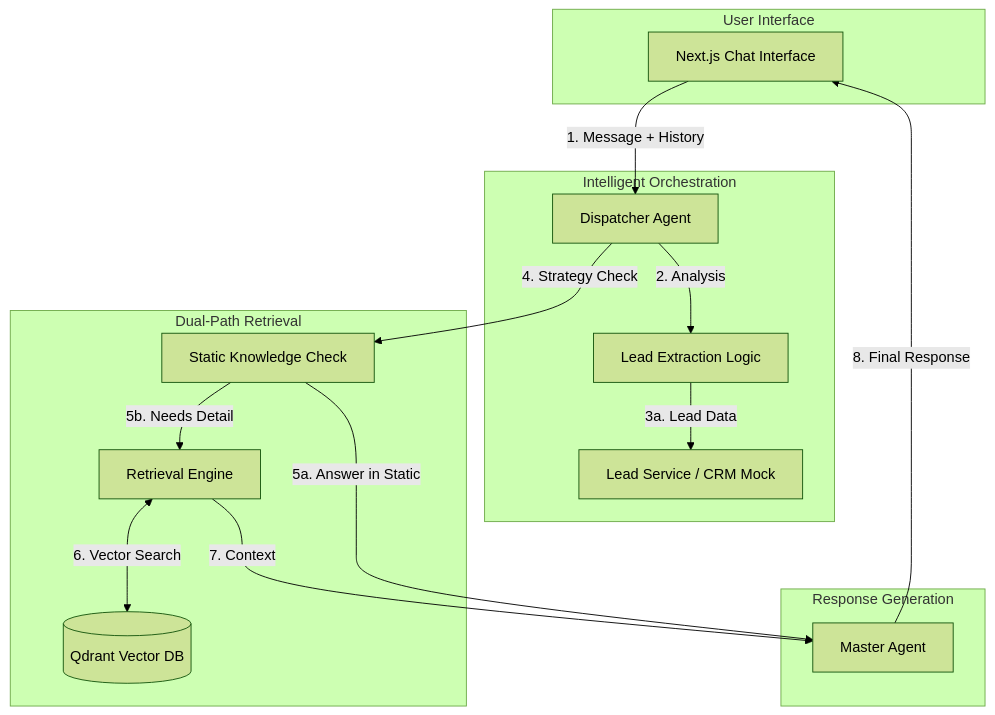
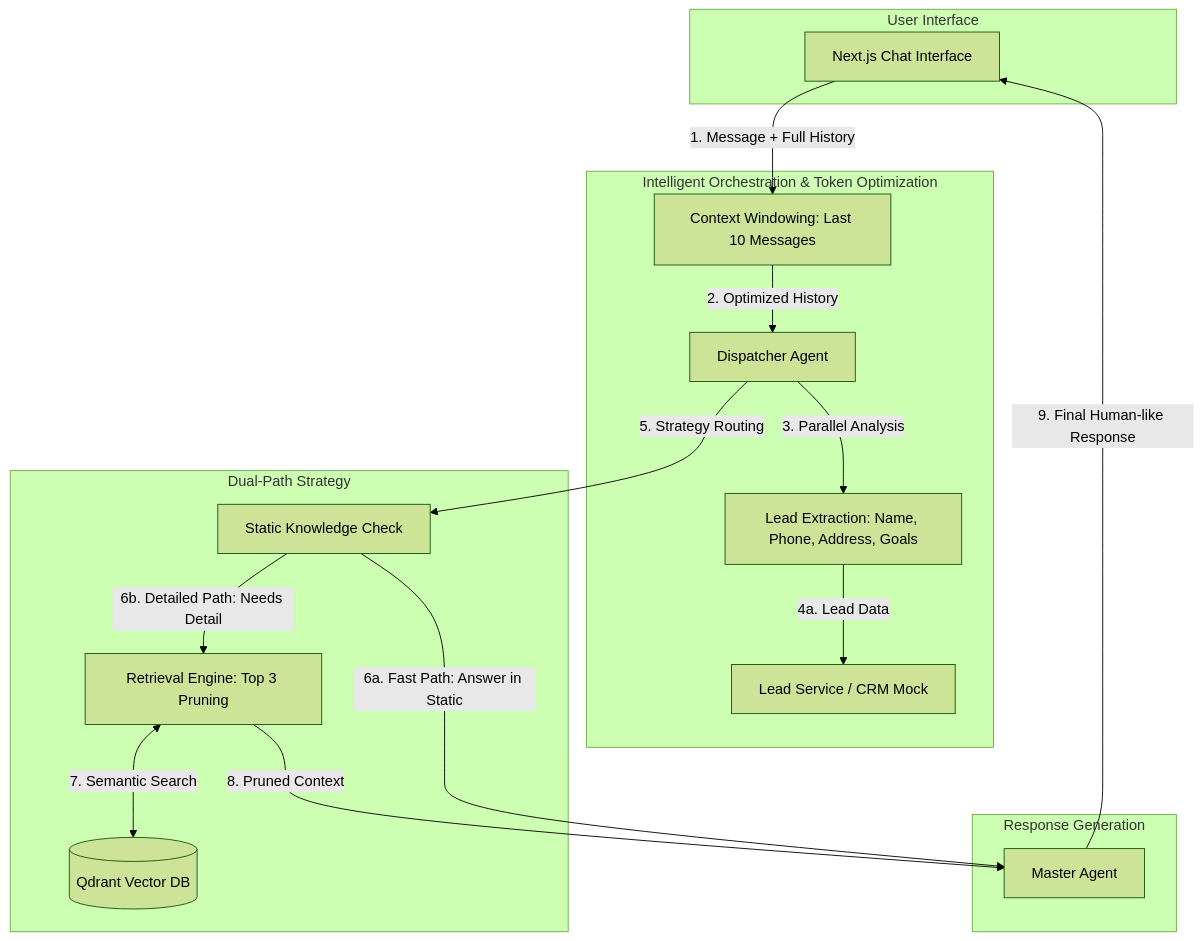
One commit to DragonL57/vmg_chatbot changed the diagram in README.md. Above: the diagram before and after it, drawn with Mermaid (forest theme). The commit also changed other lines of this file and 4 other files, not shown here.

Commit message:
feat: Enhance documentation and optimize JSON parsing; improve lead extraction and response generation for better performance and user engagement

````diff
--- a/README.md
+++ b/README.md
@@ -9,37 +9,39 @@
 ```mermaid
 graph TD
     subgraph UI_Layer [User Interface]
         UI[Next.js Chat Interface]
     end
 
-    subgraph Dispatch_Layer [Intelligent Orchestration]
+    subgraph Dispatch_Layer [Intelligent Orchestration & Token Optimization]
+        CW[Context Windowing: Last 10 Messages]
         DA[Dispatcher Agent]
-        LC[Lead Extraction Logic]
+        LC[Lead Extraction: Name, Phone, Address, Goals]
         LS[Lead Service / CRM Mock]
     end
 
-    subgraph Knowledge_Retrieval [Dual-Path Retrieval]
+    subgraph Knowledge_Retrieval [Dual-Path Strategy]
         SK[Static Knowledge Check]
-        RE[Retrieval Engine]
+        RE[Retrieval Engine: Top 3 Pruning]
         KV[(Qdrant Vector DB)]
     end
 
     subgraph Synthesis_Layer [Response Generation]
         MS[Master Agent]
     end
 
-    UI -->|1. Message + History| DA
+    UI -->|1. Message + Full History| CW
+    CW -->|2. Optimized History| DA
     
-    DA -->|2. Analysis| LC
-    LC -->|3a. Lead Data| LS
+    DA -->|3. Parallel Analysis| LC
+    LC -->|4a. Lead Data| LS
     
-    DA -->|4. Strategy Check| SK
+    DA -->|5. Strategy Routing| SK
     
-    SK -->|5a. Answer in Static| MS
-    SK -->|5b. Needs Detail| RE
+    SK -->|6a. Fast Path: Answer in Static| MS
+    SK -->|6b. Detailed Path: Needs Detail| RE
     
-    RE <-->|6. Vector Search| KV
-    RE -->|7. Context| MS
+    RE <-->|7. Semantic Search| KV
+    RE -->|8. Pruned Context| MS
     
-    MS -->|8. Final Response| UI
+    MS -->|9. Final Human-like Response| UI
 ```
````
